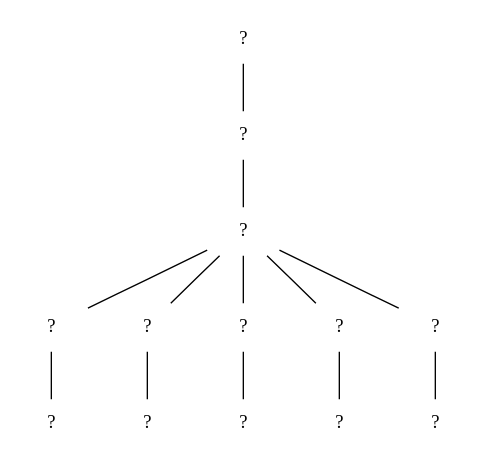
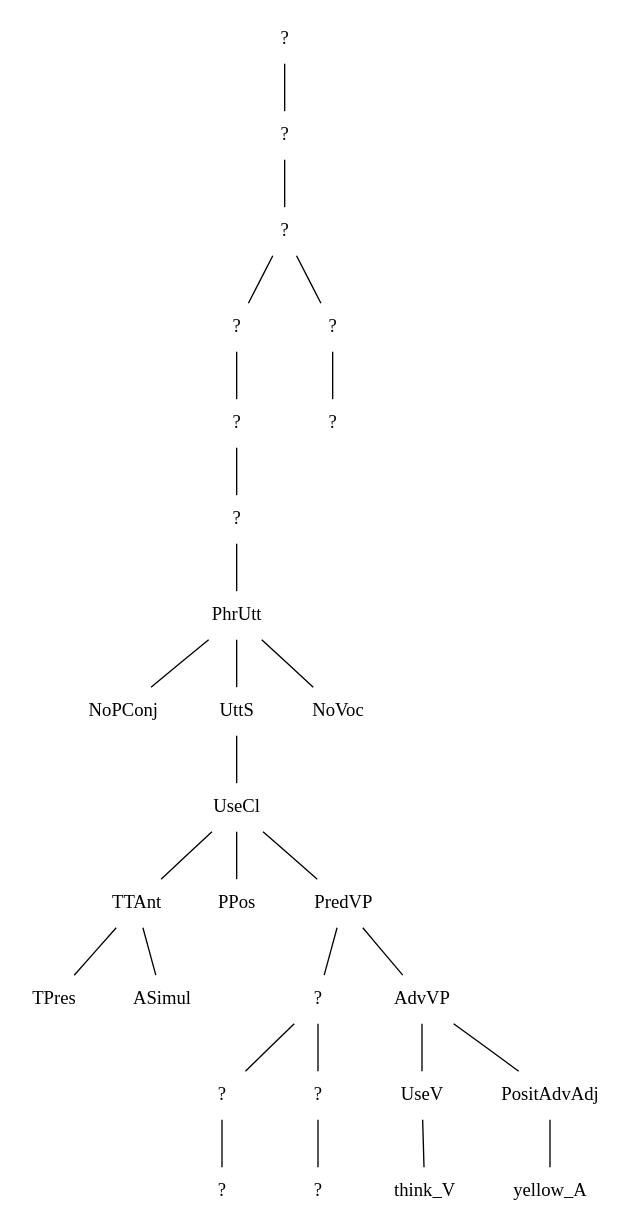
Before and after one commit to MalinAhlberg/SwedishProject: the diagram in mapping/tmp_tree.dot, drawn with Graphviz. The commit also changed 8 other files, not shown here.

```diff
--- a/mapping/tmp_tree.dot
+++ b/mapping/tmp_tree.dot
@@ -1,27 +1,57 @@
 graph {
 n0[label = "?", style = "solid", shape = "plaintext"] ;
 n0_0[label = "?", style = "solid", shape = "plaintext"] ;
 n0 -- n0_0 [style = "solid"];
 n0_0_0[label = "?", style = "solid", shape = "plaintext"] ;
 n0_0 -- n0_0_0 [style = "solid"];
 n0_0_0_0[label = "?", style = "solid", shape = "plaintext"] ;
 n0_0_0 -- n0_0_0_0 [style = "solid"];
 n0_0_0_0_0[label = "?", style = "solid", shape = "plaintext"] ;
 n0_0_0_0 -- n0_0_0_0_0 [style = "solid"];
+n0_0_0_0_0_0[label = "?", style = "solid", shape = "plaintext"] ;
+n0_0_0_0_0 -- n0_0_0_0_0_0 [style = "solid"];
+n0_0_0_0_0_0_0[label = "PhrUtt", style = "solid", shape = "plaintext"] ;
+n0_0_0_0_0_0 -- n0_0_0_0_0_0_0 [style = "solid"];
+n0_0_0_0_0_0_0_0[label = "NoPConj", style = "solid", shape = "plaintext"] ;
+n0_0_0_0_0_0_0 -- n0_0_0_0_0_0_0_0 [style = "solid"];
+n1_0_0_0_0_0_0_0[label = "UttS", style = "solid", shape = "plaintext"] ;
+n0_0_0_0_0_0_0 -- n1_0_0_0_0_0_0_0 [style = "solid"];
+n0_1_0_0_0_0_0_0_0[label = "UseCl", style = "solid", shape = "plaintext"] ;
+n1_0_0_0_0_0_0_0 -- n0_1_0_0_0_0_0_0_0 [style = "solid"];
+n0_0_1_0_0_0_0_0_0_0[label = "TTAnt", style = "solid", shape = "plaintext"] ;
+n0_1_0_0_0_0_0_0_0 -- n0_0_1_0_0_0_0_0_0_0 [style = "solid"];
+n0_0_0_1_0_0_0_0_0_0_0[label = "TPres", style = "solid", shape = "plaintext"] ;
+n0_0_1_0_0_0_0_0_0_0 -- n0_0_0_1_0_0_0_0_0_0_0 [style = "solid"];
+n1_0_0_1_0_0_0_0_0_0_0[label = "ASimul", style = "solid", shape = "plaintext"] ;
+n0_0_1_0_0_0_0_0_0_0 -- n1_0_0_1_0_0_0_0_0_0_0 [style = "solid"];
+n1_0_1_0_0_0_0_0_0_0[label = "PPos", style = "solid", shape = "plaintext"] ;
+n0_1_0_0_0_0_0_0_0 -- n1_0_1_0_0_0_0_0_0_0 [style = "solid"];
+n2_0_1_0_0_0_0_0_0_0[label = "PredVP", style = "solid", shape = "plaintext"] ;
+n0_1_0_0_0_0_0_0_0 -- n2_0_1_0_0_0_0_0_0_0 [style = "solid"];
+n0_2_0_1_0_0_0_0_0_0_0[label = "?", style = "solid", shape = "plaintext"] ;
+n2_0_1_0_0_0_0_0_0_0 -- n0_2_0_1_0_0_0_0_0_0_0 [style = "solid"];
+n0_0_2_0_1_0_0_0_0_0_0_0[label = "?", style = "solid", shape = "plaintext"] ;
+n0_2_0_1_0_0_0_0_0_0_0 -- n0_0_2_0_1_0_0_0_0_0_0_0 [style = "solid"];
+n0_0_0_2_0_1_0_0_0_0_0_0_0[label = "?", style = "solid", shape = "plaintext"] ;
+n0_0_2_0_1_0_0_0_0_0_0_0 -- n0_0_0_2_0_1_0_0_0_0_0_0_0 [style = "solid"];
+n1_0_2_0_1_0_0_0_0_0_0_0[label = "?", style = "solid", shape = "plaintext"] ;
+n0_2_0_1_0_0_0_0_0_0_0 -- n1_0_2_0_1_0_0_0_0_0_0_0 [style = "solid"];
+n0_1_0_2_0_1_0_0_0_0_0_0_0[label = "?", style = "solid", shape = "plaintext"] ;
+n1_0_2_0_1_0_0_0_0_0_0_0 -- n0_1_0_2_0_1_0_0_0_0_0_0_0 [style = "solid"];
+n1_2_0_1_0_0_0_0_0_0_0[label = "AdvVP", style = "solid", shape = "plaintext"] ;
+n2_0_1_0_0_0_0_0_0_0 -- n1_2_0_1_0_0_0_0_0_0_0 [style = "solid"];
+n0_1_2_0_1_0_0_0_0_0_0_0[label = "UseV", style = "solid", shape = "plaintext"] ;
+n1_2_0_1_0_0_0_0_0_0_0 -- n0_1_2_0_1_0_0_0_0_0_0_0 [style = "solid"];
+n0_0_1_2_0_1_0_0_0_0_0_0_0[label = "think_V", style = "solid", shape = "plaintext"] ;
+n0_1_2_0_1_0_0_0_0_0_0_0 -- n0_0_1_2_0_1_0_0_0_0_0_0_0 [style = "solid"];
+n1_1_2_0_1_0_0_0_0_0_0_0[label = "PositAdvAdj", style = "solid", shape = "plaintext"] ;
+n1_2_0_1_0_0_0_0_0_0_0 -- n1_1_2_0_1_0_0_0_0_0_0_0 [style = "solid"];
+n0_1_1_2_0_1_0_0_0_0_0_0_0[label = "yellow_A", style = "solid", shape = "plaintext"] ;
+n1_1_2_0_1_0_0_0_0_0_0_0 -- n0_1_1_2_0_1_0_0_0_0_0_0_0 [style = "solid"];
+n2_0_0_0_0_0_0_0[label = "NoVoc", style = "solid", shape = "plaintext"] ;
+n0_0_0_0_0_0_0 -- n2_0_0_0_0_0_0_0 [style = "solid"];
 n1_0_0_0[label = "?", style = "solid", shape = "plaintext"] ;
 n0_0_0 -- n1_0_0_0 [style = "solid"];
 n0_1_0_0_0[label = "?", style = "solid", shape = "plaintext"] ;
 n1_0_0_0 -- n0_1_0_0_0 [style = "solid"];
-n2_0_0_0[label = "?", style = "solid", shape = "plaintext"] ;
-n0_0_0 -- n2_0_0_0 [style = "solid"];
-n0_2_0_0_0[label = "?", style = "solid", shape = "plaintext"] ;
-n2_0_0_0 -- n0_2_0_0_0 [style = "solid"];
-n3_0_0_0[label = "?", style = "solid", shape = "plaintext"] ;
-n0_0_0 -- n3_0_0_0 [style = "solid"];
-n0_3_0_0_0[label = "?", style = "solid", shape = "plaintext"] ;
-n3_0_0_0 -- n0_3_0_0_0 [style = "solid"];
-n4_0_0_0[label = "?", style = "solid", shape = "plaintext"] ;
-n0_0_0 -- n4_0_0_0 [style = "solid"];
-n0_4_0_0_0[label = "?", style = "solid", shape = "plaintext"] ;
-n4_0_0_0 -- n0_4_0_0_0 [style = "solid"];
 }
```
